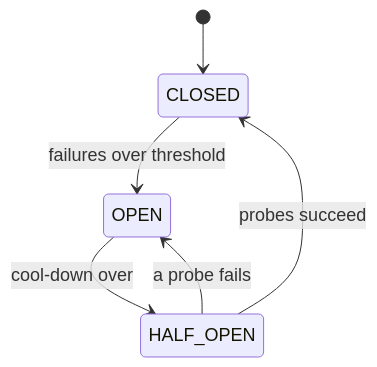
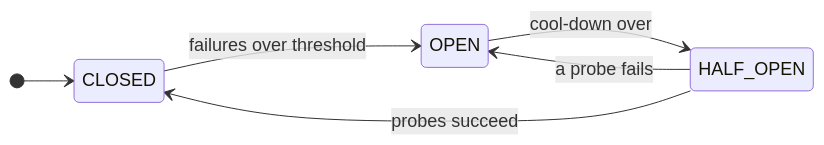
Before and after one commit to mmi404/fuelwatch: the fourth of 7 diagrams in docs/design/05-state-machines.md, drawn with Mermaid. The commit also changed other lines of this file and 13 other files, not shown here.

````diff
--- a/docs/design/05-state-machines.md
+++ b/docs/design/05-state-machines.md
@@ -89,9 +89,10 @@
 ```mermaid
 %%{init: {"themeVariables": {"fontSize": "18px"}}}%%
 stateDiagram-v2
+  direction LR
   [*] --> CLOSED
   CLOSED --> OPEN : failures over threshold
   OPEN --> HALF_OPEN : cool-down over
   HALF_OPEN --> CLOSED : probes succeed
   HALF_OPEN --> OPEN : a probe fails
 ```
````
